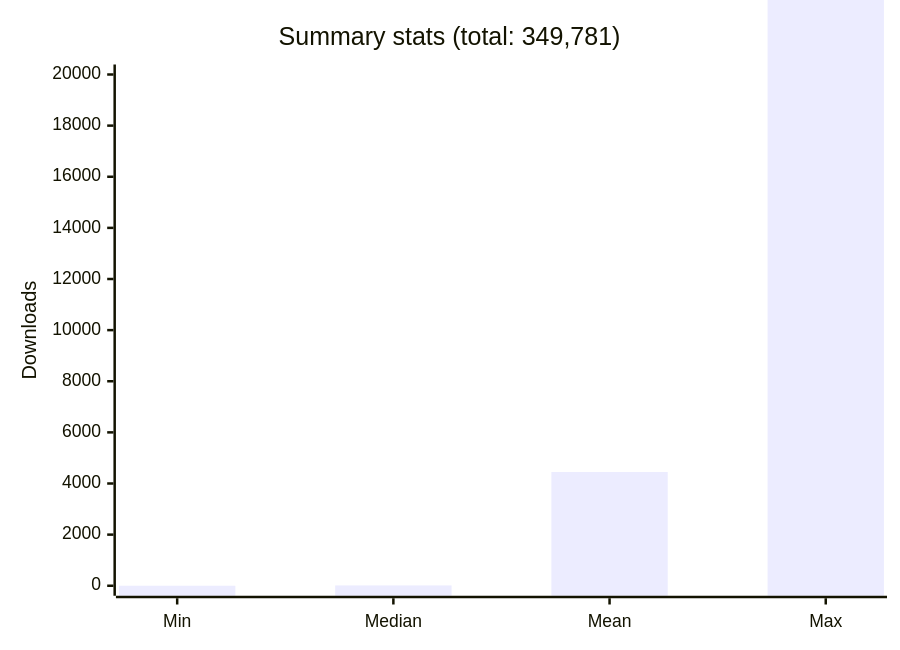
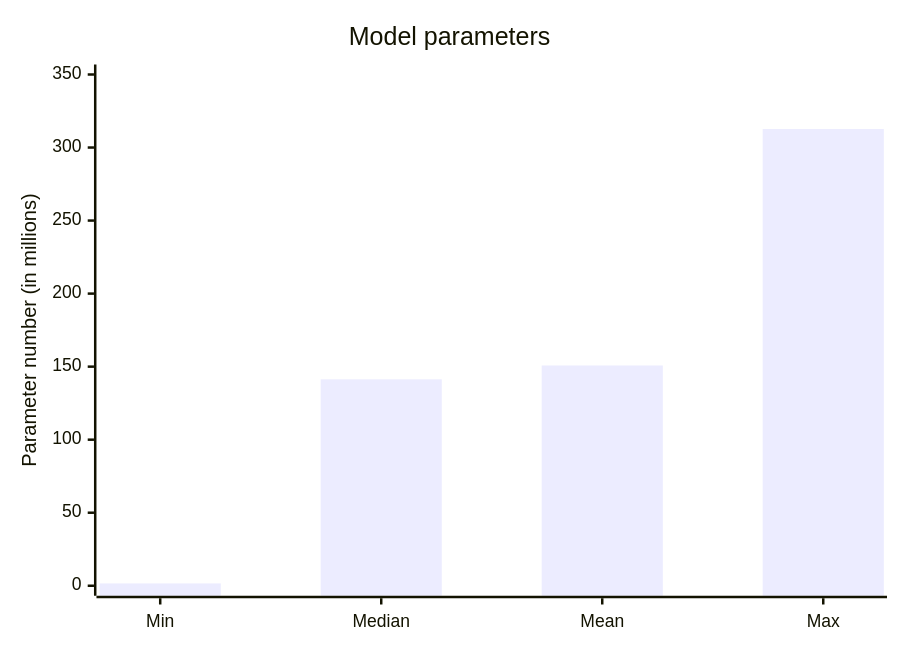
Before and after one commit to m-misiura/trustyai-blog: the fourth of 4 diagrams in src/content/blog/community/evaluating-prompt-injection.md, drawn with Mermaid. The commit also changed other lines of this file, not shown here.

````diff
--- a/src/content/blog/community/evaluating-prompt-injection.md
+++ b/src/content/blog/community/evaluating-prompt-injection.md
@@ -90,13 +96,13 @@
 ```mermaid
 ---
 config:
   themeVariables:
     xyChart:
       backgroundColor: "transparent"
 ---
 xychart-beta
-    title "Summary stats (total: 349,781)"
+    title "Model parameters"
     x-axis ["Min", "Median", "Mean", "Max"]
-    y-axis "Downloads" 0 --> 20000
-    bar [0, 12, 4449, 143732]
+    y-axis "Parameter number (in millions)" 0 --> 350
+    bar [1.6, 141.3, 150.8, 312.7]
 ```
````
